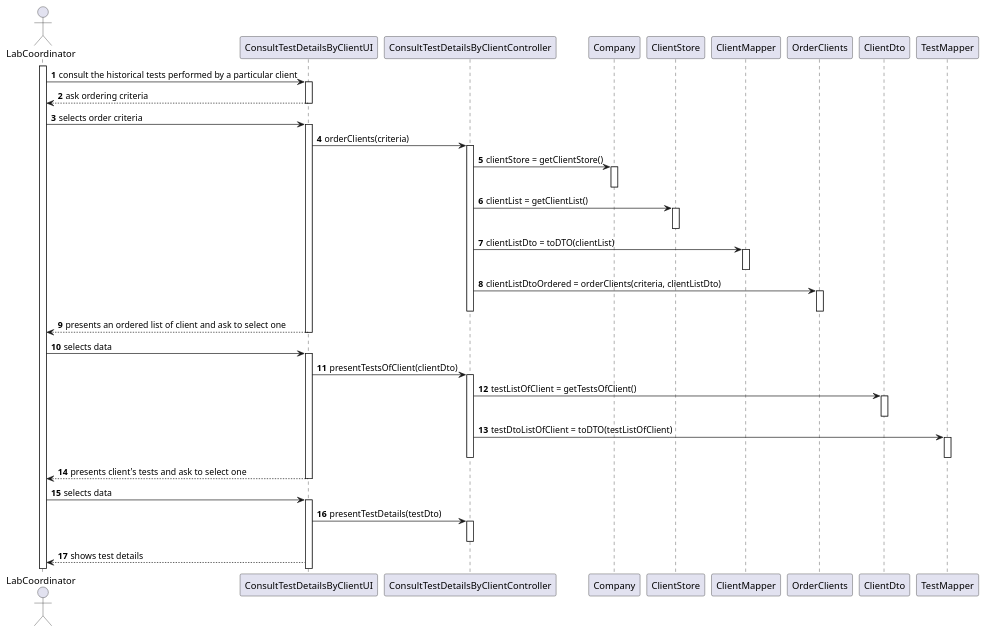
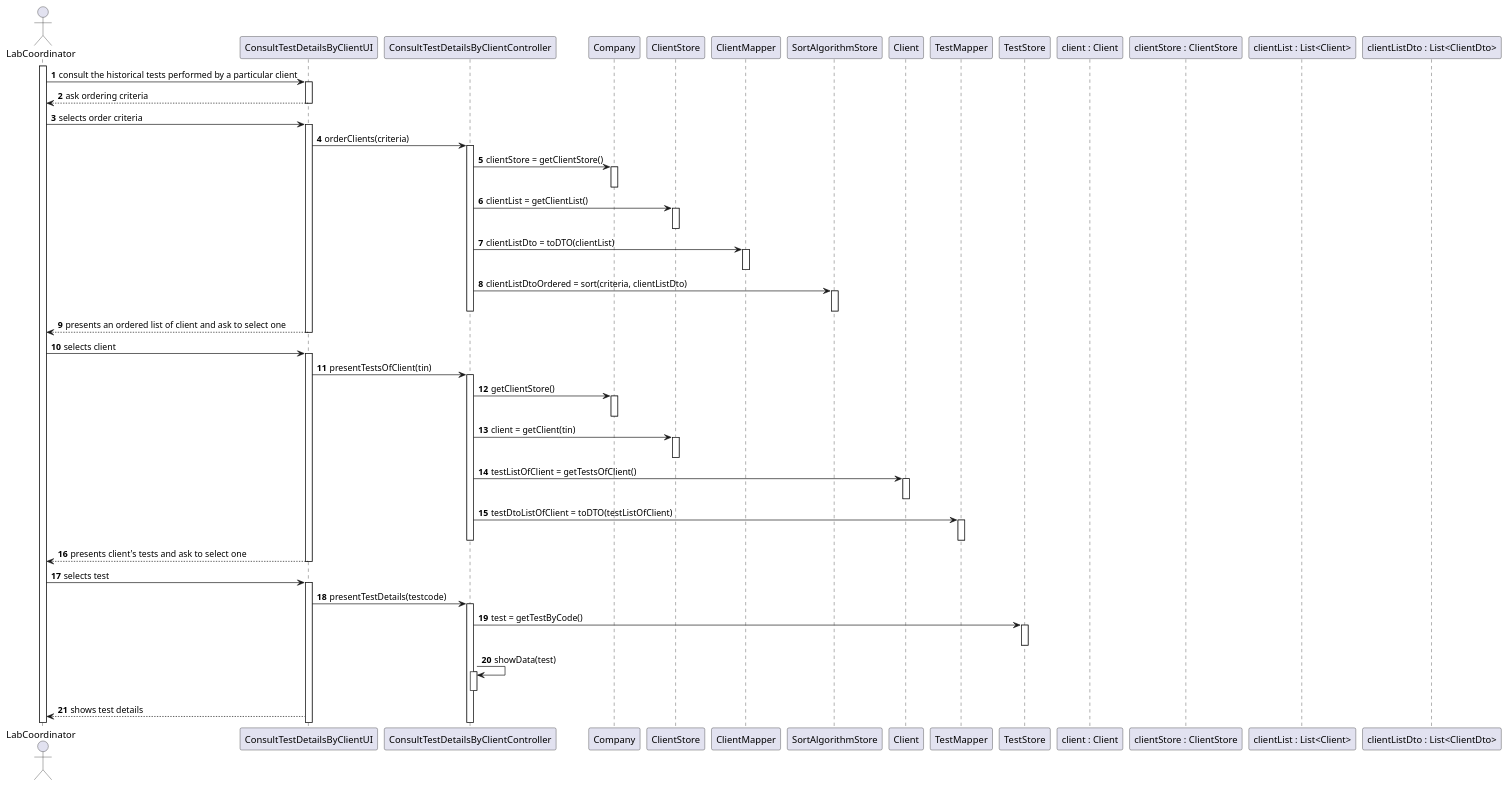
Before and after one commit to 0franciscor/lei-21-s2-1de-g19: the diagram in docs/SprintD/US13/US13_SD.puml, drawn with PlantUML. The commit also changed 10 other files, not shown here.

```diff
--- a/docs/SprintD/US13/US13_SD.puml
+++ b/docs/SprintD/US13/US13_SD.puml
@@ -1,53 +1,65 @@
 @startuml
 'https://plantuml.com/sequence-diagram
 
 autonumber
 actor "LabCoordinator" as LB
 activate LB
 LB -> ConsultTestDetailsByClientUI : consult the historical tests performed by a particular client
 activate ConsultTestDetailsByClientUI
 ConsultTestDetailsByClientUI --> LB : ask ordering criteria
 deactivate ConsultTestDetailsByClientUI
 LB -> ConsultTestDetailsByClientUI : selects order criteria
 activate ConsultTestDetailsByClientUI
 ConsultTestDetailsByClientUI -> ConsultTestDetailsByClientController : orderClients(criteria)
 activate ConsultTestDetailsByClientController
 ConsultTestDetailsByClientController -> Company : clientStore = getClientStore()
 activate Company
 deactivate Company
 ConsultTestDetailsByClientController -> ClientStore : clientList = getClientList()
 activate ClientStore
 deactivate ClientStore
 ConsultTestDetailsByClientController -> ClientMapper  : clientListDto = toDTO(clientList)
 activate ClientMapper
 deactivate ClientMapper
-ConsultTestDetailsByClientController -> OrderClients : clientListDtoOrdered = orderClients(criteria, clientListDto)
-activate OrderClients
-deactivate OrderClients
+ConsultTestDetailsByClientController -> SortAlgorithmStore : clientListDtoOrdered = sort(criteria, clientListDto)
+activate SortAlgorithmStore
+deactivate SortAlgorithmStore
 deactivate ConsultTestDetailsByClientController
 
 ConsultTestDetailsByClientUI --> LB : presents an ordered list of client and ask to select one
 deactivate ConsultTestDetailsByClientUI
-LB -> ConsultTestDetailsByClientUI : selects data
+LB -> ConsultTestDetailsByClientUI : selects client
 activate ConsultTestDetailsByClientUI
-ConsultTestDetailsByClientUI -> ConsultTestDetailsByClientController :  presentTestsOfClient(clientDto)
+ConsultTestDetailsByClientUI -> ConsultTestDetailsByClientController :  presentTestsOfClient(tin)
 activate ConsultTestDetailsByClientController
-ConsultTestDetailsByClientController -> ClientDto : testListOfClient = getTestsOfClient()
-activate ClientDto
-deactivate ClientDto
+ConsultTestDetailsByClientController -> Company ++ : getClientStore()
+deactivate Company
+ConsultTestDetailsByClientController -> ClientStore ++ : client = getClient(tin)
+deactivate ClientStore
+ConsultTestDetailsByClientController -> Client ++ : testListOfClient = getTestsOfClient()
+deactivate Client
 ConsultTestDetailsByClientController -> TestMapper : testDtoListOfClient = toDTO(testListOfClient)
 activate TestMapper
 deactivate TestMapper
 deactivate ConsultTestDetailsByClientController
 ConsultTestDetailsByClientUI --> LB : presents client's tests and ask to select one
 deactivate ConsultTestDetailsByClientUI
-LB -> ConsultTestDetailsByClientUI : selects data
+LB -> ConsultTestDetailsByClientUI : selects test
 activate ConsultTestDetailsByClientUI
-ConsultTestDetailsByClientUI -> ConsultTestDetailsByClientController  : presentTestDetails(testDto)
+
+ConsultTestDetailsByClientUI -> ConsultTestDetailsByClientController  : presentTestDetails(testcode)
+activate ConsultTestDetailsByClientController
+ConsultTestDetailsByClientController -> TestStore ++: test = getTestByCode()
+deactivate TestStore
+ConsultTestDetailsByClientController -> ConsultTestDetailsByClientController : showData(test)
 activate ConsultTestDetailsByClientController
 
 deactivate ConsultTestDetailsByClientController
 ConsultTestDetailsByClientUI --> LB : shows test details
+participant "client : Client"
+participant "clientStore : ClientStore"
+participant "clientList : List<Client>"
+participant "clientListDto : List<ClientDto>"
 
 
 @enduml
```
